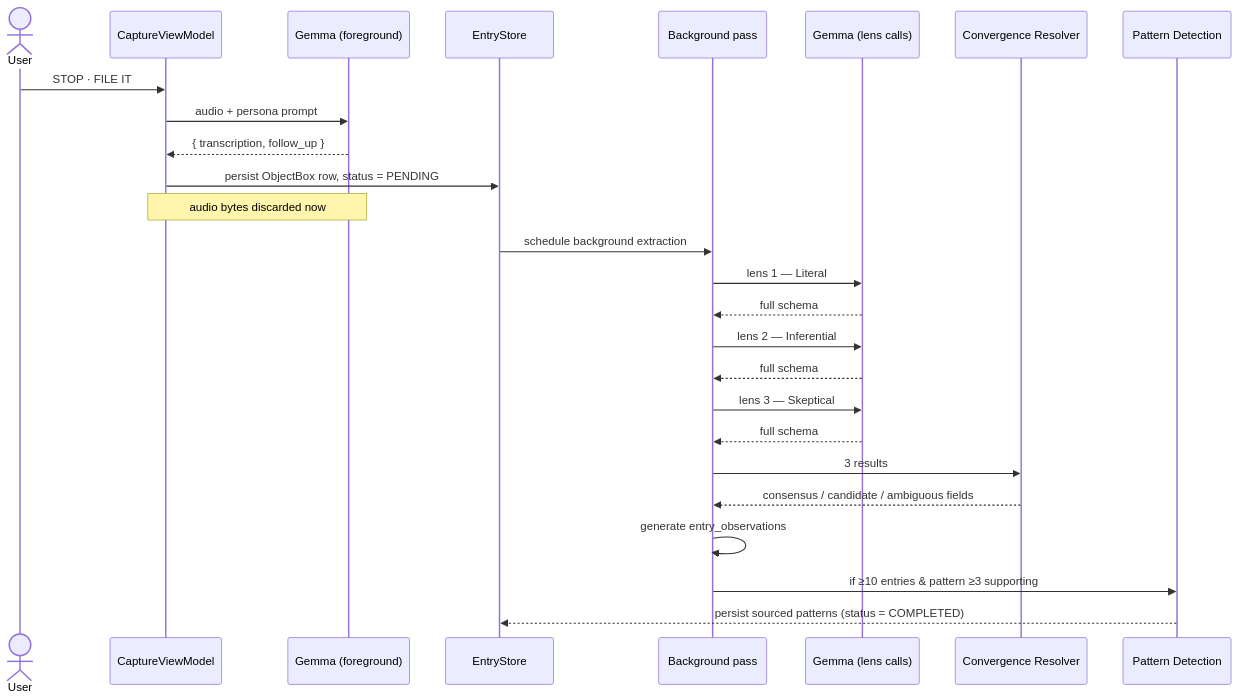
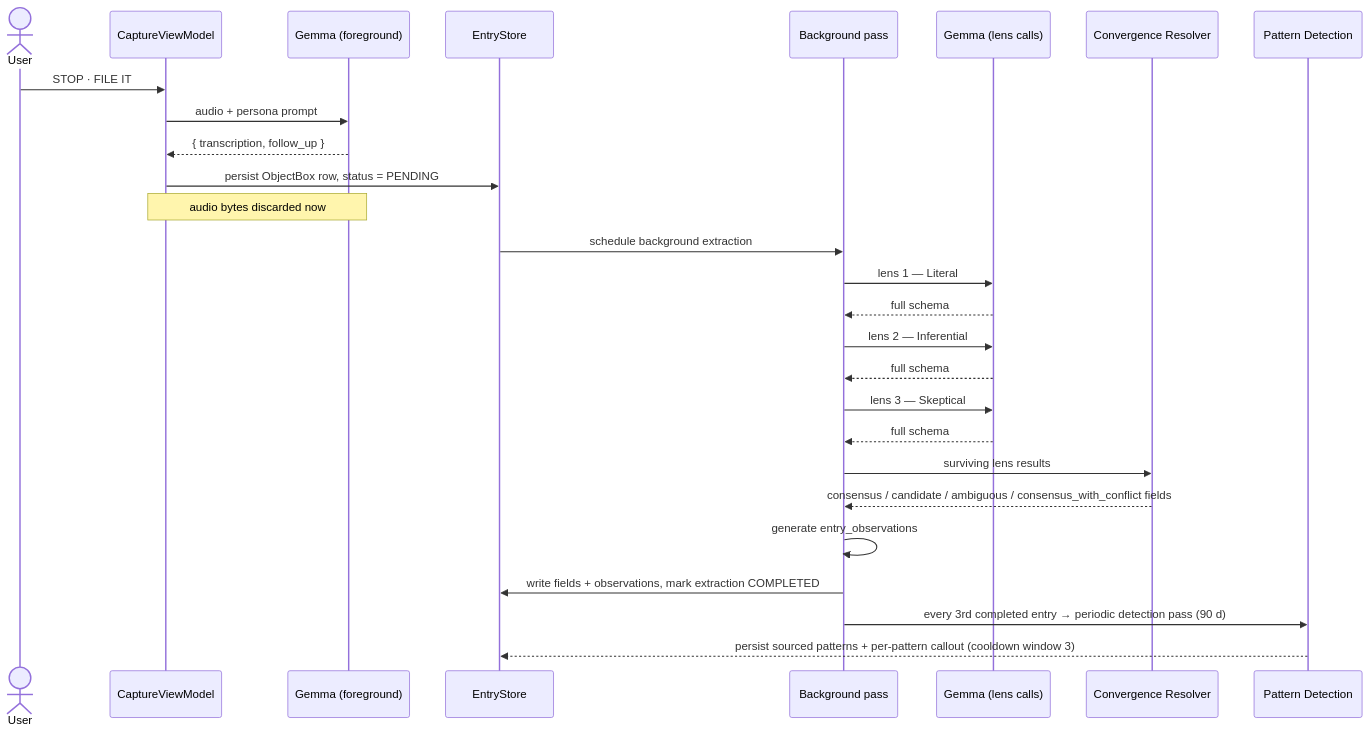
Before and after one commit to anchildress1/vestige: the second of 6 diagrams in docs/diagrams/llm-functionality.md, drawn with Mermaid. The commit also changed other lines of this file and 19 other files, not shown here.

First line of the commit message:
docs: align diagram atlas, stories, README & spec docs to implementation (#62)

````diff
--- a/docs/diagrams/llm-functionality.md
+++ b/docs/diagrams/llm-functionality.md
@@ -52,32 +67,33 @@
 ```mermaid
 sequenceDiagram
     accTitle: Two-tier foreground and background inference sequence
-    accDescr: User stops recording. The foreground Gemma call returns transcription and one follow-up. EntryStore persists an ObjectBox row and marks extraction PENDING. The background pass runs three sequential lens calls, the resolver writes fields, entry observations are generated, then pattern detection runs if the threshold is met.
+    accDescr: User stops recording. The foreground Gemma call returns transcription and one inline follow-up. EntryStore persists an ObjectBox row and marks extraction PENDING. The detached background pass runs three sequential lens calls, the resolver writes fields, entry observations are generated, the entry is marked COMPLETED, then on every third completed entry a periodic pattern detection pass runs over the 90-day window.
 
     actor U as User
     participant Cap as CaptureViewModel
     participant FG as Gemma (foreground)
     participant ES as EntryStore
     participant BG as Background pass
     participant LM as Gemma (lens calls)
     participant CR as Convergence Resolver
     participant PD as Pattern Detection
 
     U->>Cap: STOP · FILE IT
     Cap->>FG: audio + persona prompt
     FG-->>Cap: { transcription, follow_up }
     Cap->>ES: persist ObjectBox row, status = PENDING
     Note over FG,Cap: audio bytes discarded now
     ES->>BG: schedule background extraction
     BG->>LM: lens 1 — Literal
     LM-->>BG: full schema
     BG->>LM: lens 2 — Inferential
     LM-->>BG: full schema
     BG->>LM: lens 3 — Skeptical
     LM-->>BG: full schema
-    BG->>CR: 3 results
-    CR-->>BG: consensus / candidate / ambiguous fields
+    BG->>CR: surviving lens results
+    CR-->>BG: consensus / candidate / ambiguous / consensus_with_conflict fields
     BG->>BG: generate entry_observations
-    BG->>PD: if ≥10 entries & pattern ≥3 supporting
-    PD-->>ES: persist sourced patterns (status = COMPLETED)
+    BG->>ES: write fields + observations, mark extraction COMPLETED
+    BG->>PD: every 3rd completed entry → periodic detection pass (90 d)
+    PD-->>ES: persist sourced patterns + per-pattern callout (cooldown window 3)
 ```
````
